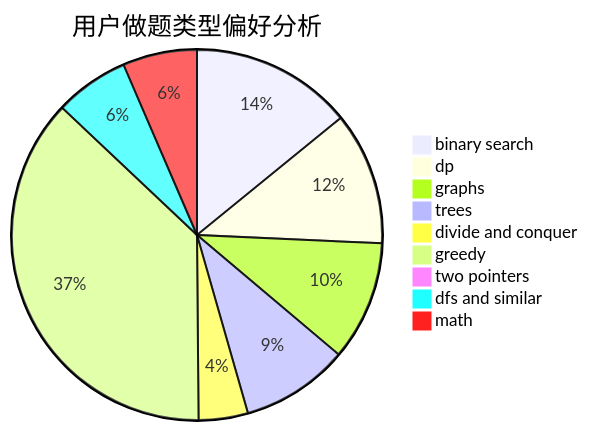
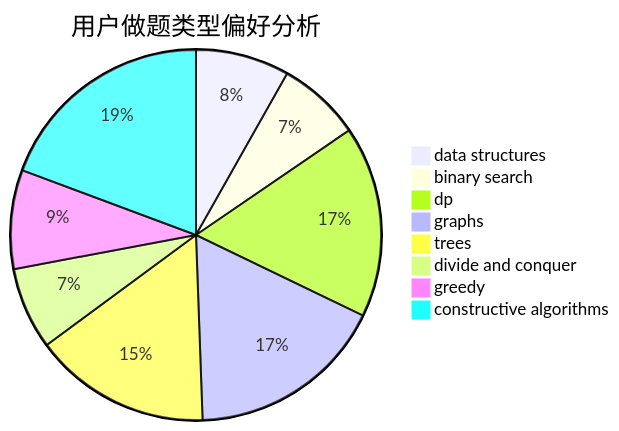
One commit to sherpahu/cfrs.github.io changed the second of 3 diagrams in docs/user/u120.md. Above: the diagram before and after it, drawn with Mermaid. The commit also changed other lines of this file and 2775 other files, not shown here.

````diff
--- a/docs/user/u120.md
+++ b/docs/user/u120.md
@@ -23,12 +23,11 @@
 ```mermaid
 pie title 用户做题类型偏好分析
-    "binary search" :  207
-    "dp" :  170
-    "graphs" :  153
-    "trees" :  138
+    "data structures" :  72
+    "binary search" :  64
+    "dp" :  147
+    "graphs" :  152
+    "trees" :  136
     "divide and conquer" :  63
-    "greedy" :  545
-    "two pointers" :  6
-    "dfs and similar" :  95
-    "math" :  95
+    "greedy" :  76
+    "constructive algorithms" :  170
 ```
````
